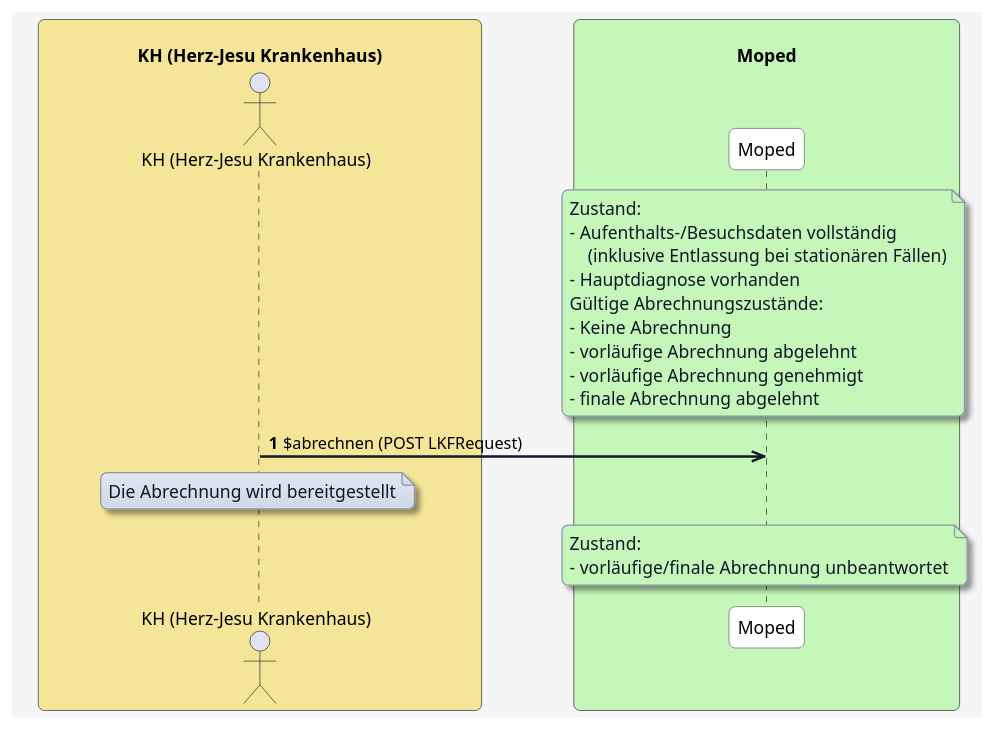
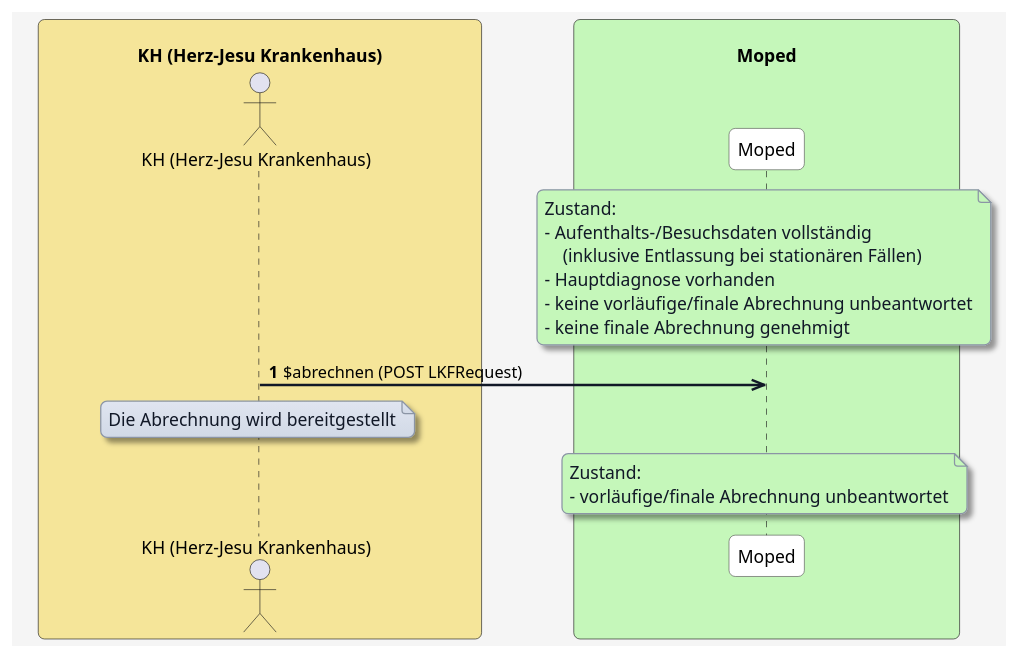
The diagram in plantuml/moped-fall-abrechnen/abrechnen-nach-aenderung.plantuml (HL7Austria/ELGA-MOPED-R5), drawn with PlantUML before and after one commit. The commit also changed 35 other files, not shown here.

```diff
--- a/plantuml/moped-fall-abrechnen/abrechnen-nach-aenderung.plantuml
+++ b/plantuml/moped-fall-abrechnen/abrechnen-nach-aenderung.plantuml
@@ -1,74 +1,71 @@
 @startuml
 skinparam borderColor #000000
 skinparam backgroundColor #f5f5f5
 skinparam shadowing false
 skinparam roundCorner 10
 skinparam defaultFontName "Arial"
 skinparam defaultFontSize 14
 skinparam defaultFontColor #000000
 
 skinparam note {
   BackgroundColor #e0e5f0-#d1d9e6
   BorderColor #8b95a5
   BorderThickness 1
   RoundCorner 8
   Padding 6
   FontColor #111827
   Shadowing true
 }
 
 skinparam HyperlinkColor #0000EE
 skinparam HyperlinkUnderline false
 
 skinparam sequence {
   ParticipantBorderColor #555555
   ParticipantBackgroundColor #ffffff
   ParticipantFontColor #000000
   ParticipantFontSize 14
   ParticipantPadding 20
   ArrowColor #111827
   ArrowThickness 2
   ArrowFontColor #000000
   ArrowFontSize 13
   GroupBorderColor #111827
   GroupBackgroundColor #f3f4f6
   GroupBorderThickness 1
 }
 
 skinparam BoxPadding 20
 skinparam BoxBorderColor #555555
 
 box "\n                     KH (Herz-Jesu Krankenhaus)                     " #f5e599
   actor KH as "KH (Herz-Jesu Krankenhaus)"
 end box
 
 box "\n                                   Moped                                   " #c5f7ba
   participant MP as "Moped"
 end box
 
 
 autonumber
 
 note over MP #c5f7ba
 Zustand:
 - Aufenthalts-/Besuchsdaten vollständig
     (inklusive Entlassung bei stationären Fällen)
 - Hauptdiagnose vorhanden
-Gültige Abrechnungszustände:
-- Keine Abrechnung
-- vorläufige Abrechnung abgelehnt
-- vorläufige Abrechnung genehmigt
-- finale Abrechnung abgelehnt
+- keine vorläufige/finale Abrechnung unbeantwortet
+- keine finale Abrechnung genehmigt
 end note
 
 KH ->> MP: $abrechnen (POST LKFRequest)
 note over KH
 Die Abrechnung wird bereitgestellt
 end note
 
 note over MP #c5f7ba
 Zustand:
 - vorläufige/finale Abrechnung unbeantwortet
 end note
 
 @enduml
```
